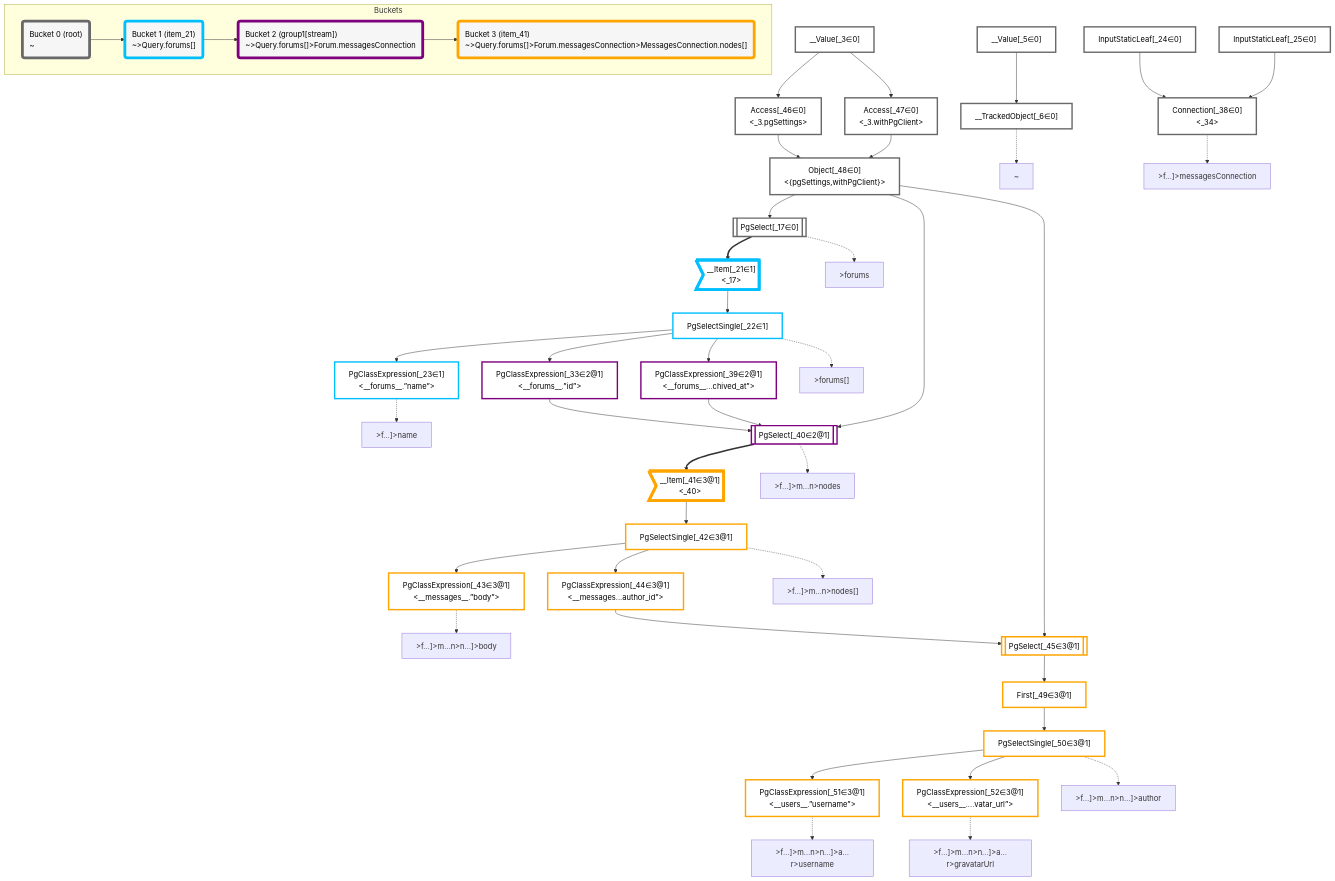
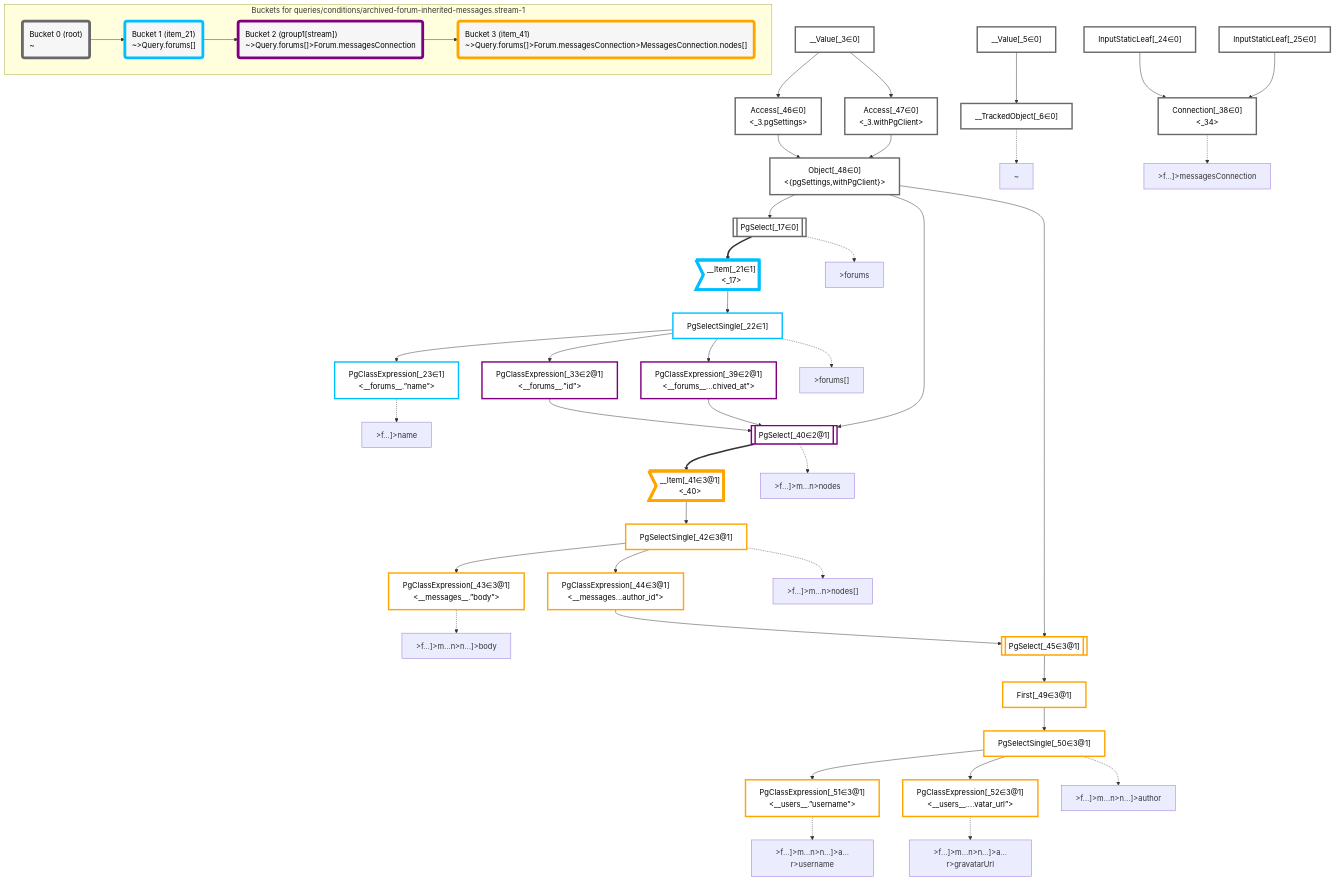
Before and after one commit to graphile/crystal: the diagram in packages/dataplan-pg/__tests__/queries/conditions/archived-forum-inherited-messages.stream-1.deopt.mermaid.md, drawn with Mermaid. The commit also changed 195 other files, not shown here.

```diff
--- a/packages/dataplan-pg/__tests__/queries/conditions/archived-forum-inherited-messages.stream-1.deopt.mermaid.md
+++ b/packages/dataplan-pg/__tests__/queries/conditions/archived-forum-inherited-messages.stream-1.deopt.mermaid.md
@@ -96,7 +96,7 @@
     classDef bucket3 stroke:#ffa500
     class __Item_41,PgSelectSingle_42,PgClassExpression_43,PgClassExpression_44,PgSelect_45,First_49,PgSelectSingle_50,PgClassExpression_51,PgClassExpression_52 bucket3
 
-    subgraph Buckets
+    subgraph "Buckets for queries/conditions/archived-forum-inherited-messages.stream-1"
     Bucket0("Bucket 0 (root)<br />~"):::bucket
     style Bucket0 stroke:#696969
     Bucket1("Bucket 1 (item_21)<br />~>Query.forums[]"):::bucket
```
